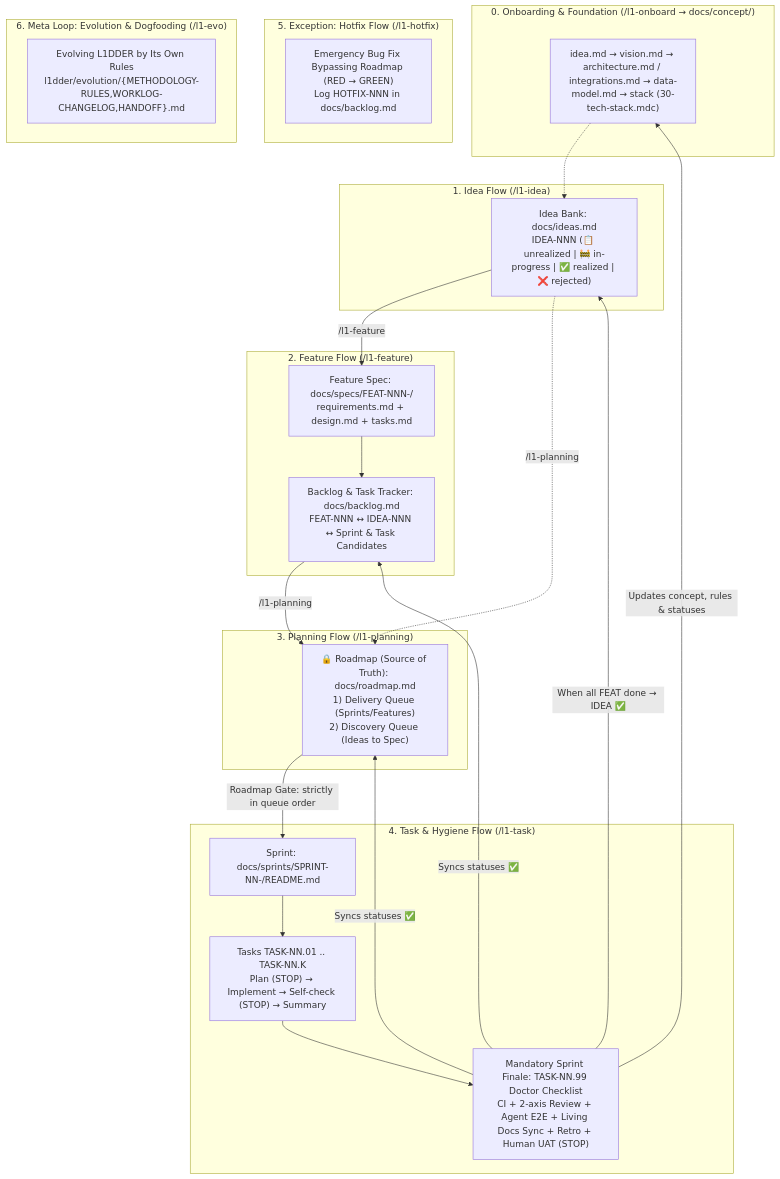
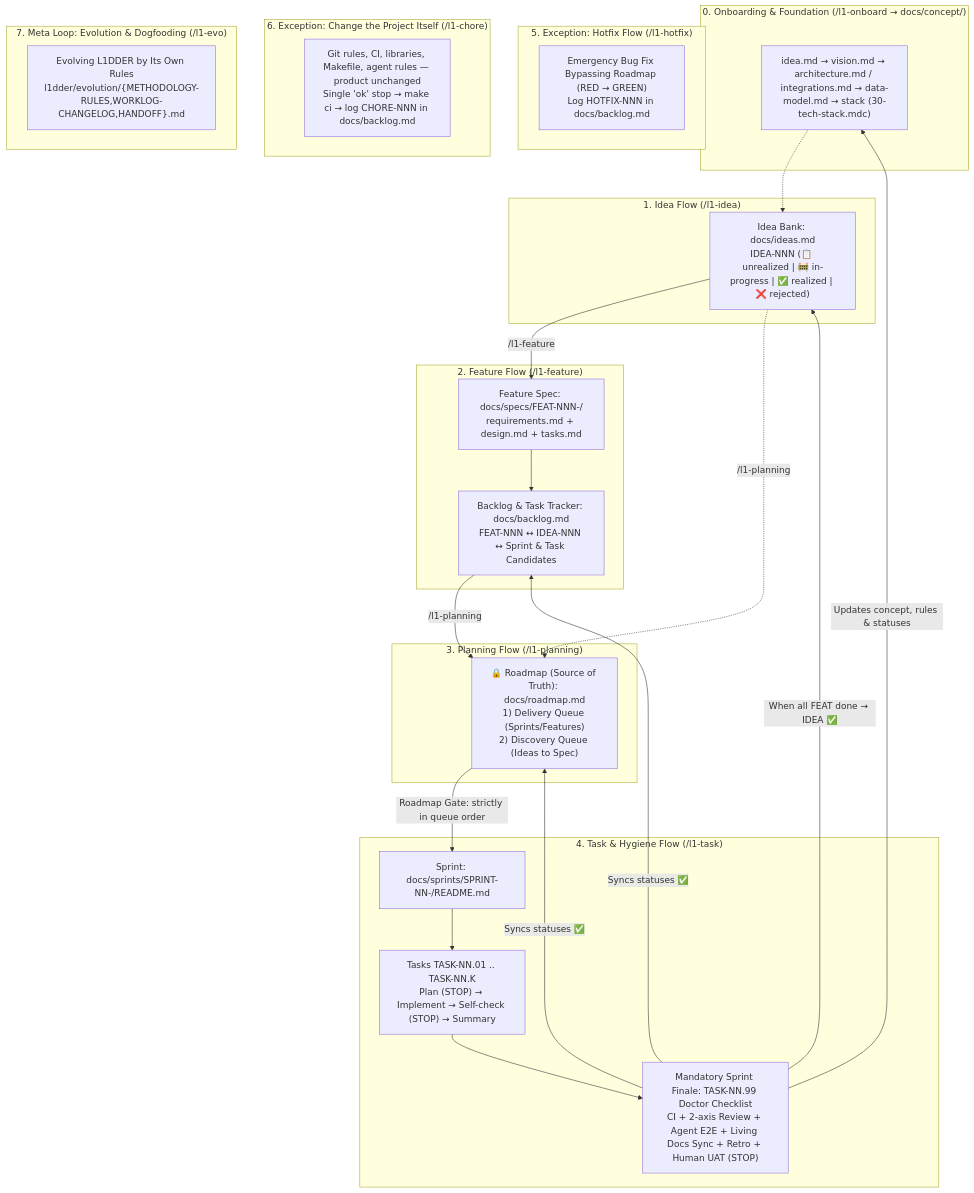
Before and after one commit to ledvanoff/l1dder: the diagram in assets/i18n/en/METHODOLOGY.md, drawn with Mermaid. The commit also changed other lines of this file and 45 other files, not shown here.

````diff
--- a/assets/i18n/en/METHODOLOGY.md
+++ b/assets/i18n/en/METHODOLOGY.md
@@ -12,46 +12,50 @@
 ```mermaid
 flowchart TB
     subgraph foundation["0. Onboarding & Foundation (/l1-onboard → docs/concept/)"]
         CON["idea.md → vision.md → architecture.md / integrations.md → data-model.md → stack (30-tech-stack.mdc)"]
     end
 
     subgraph flow1["1. Idea Flow (/l1-idea)"]
         IDEAS["Idea Bank: docs/ideas.md<br/>IDEA-NNN (📋 unrealized | 🚧 in-progress | ✅ realized | ❌ rejected)"]
     end
 
     subgraph flow2["2. Feature Flow (/l1-feature)"]
         SPECS["Feature Spec: docs/specs/FEAT-NNN-<slug>/<br/>requirements.md + design.md + tasks.md"]
         BACKLOG["Backlog & Task Tracker: docs/backlog.md<br/>FEAT-NNN ↔ IDEA-NNN ↔ Sprint & Task Candidates"]
     end
 
     subgraph flow3["3. Planning Flow (/l1-planning)"]
         ROADMAP["🔒 Roadmap (Source of Truth): docs/roadmap.md<br/>1) Delivery Queue (Sprints/Features)<br/>2) Discovery Queue (Ideas to Spec)"]
     end
 
     subgraph flow4["4. Task & Hygiene Flow (/l1-task)"]
         SPRINT["Sprint: docs/sprints/SPRINT-NN-<slug>/README.md"]
         TASKS["Tasks TASK-NN.01 .. TASK-NN.K<br/>Plan (STOP) → Implement → Self-check (STOP) → Summary"]
         DOCTOR["Mandatory Sprint Finale: TASK-NN.99 Doctor Checklist<br/>CI + 2-axis Review + Agent E2E + Living Docs Sync + Retro + Human UAT (STOP)"]
     end
 
     subgraph flow5["5. Exception: Hotfix Flow (/l1-hotfix)"]
         HOTFIX["Emergency Bug Fix Bypassing Roadmap (RED → GREEN)<br/>Log HOTFIX-NNN in docs/backlog.md"]
     end
 
-    subgraph flow6["6. Meta Loop: Evolution & Dogfooding (/l1-evo)"]
+    subgraph flowChore["6. Exception: Change the Project Itself (/l1-chore)"]
+        CHORE["Git rules, CI, libraries, Makefile, agent rules — product unchanged<br/>Single 'ok' stop → make ci → log CHORE-NNN in docs/backlog.md"]
+    end
+
+    subgraph flow6["7. Meta Loop: Evolution & Dogfooding (/l1-evo)"]
         EVO["Evolving L1DDER by Its Own Rules<br/>l1dder/evolution/{METHODOLOGY-RULES,WORKLOG-CHANGELOG,HANDOFF}.md"]
     end
 
     CON -.-> IDEAS
     IDEAS -->|"/l1-feature"| SPECS
     SPECS --> BACKLOG
     IDEAS -.->|"/l1-planning"| ROADMAP
     BACKLOG -->|"/l1-planning"| ROADMAP
     ROADMAP -->|"Roadmap Gate: strictly in queue order"| SPRINT
     SPRINT --> TASKS
     TASKS --> DOCTOR
     DOCTOR -->|"Updates concept, rules & statuses"| CON
     DOCTOR -->|"Syncs statuses ✅"| ROADMAP
     DOCTOR -->|"Syncs statuses ✅"| BACKLOG
     DOCTOR -->|"When all FEAT done → IDEA ✅"| IDEAS
 ```
````
